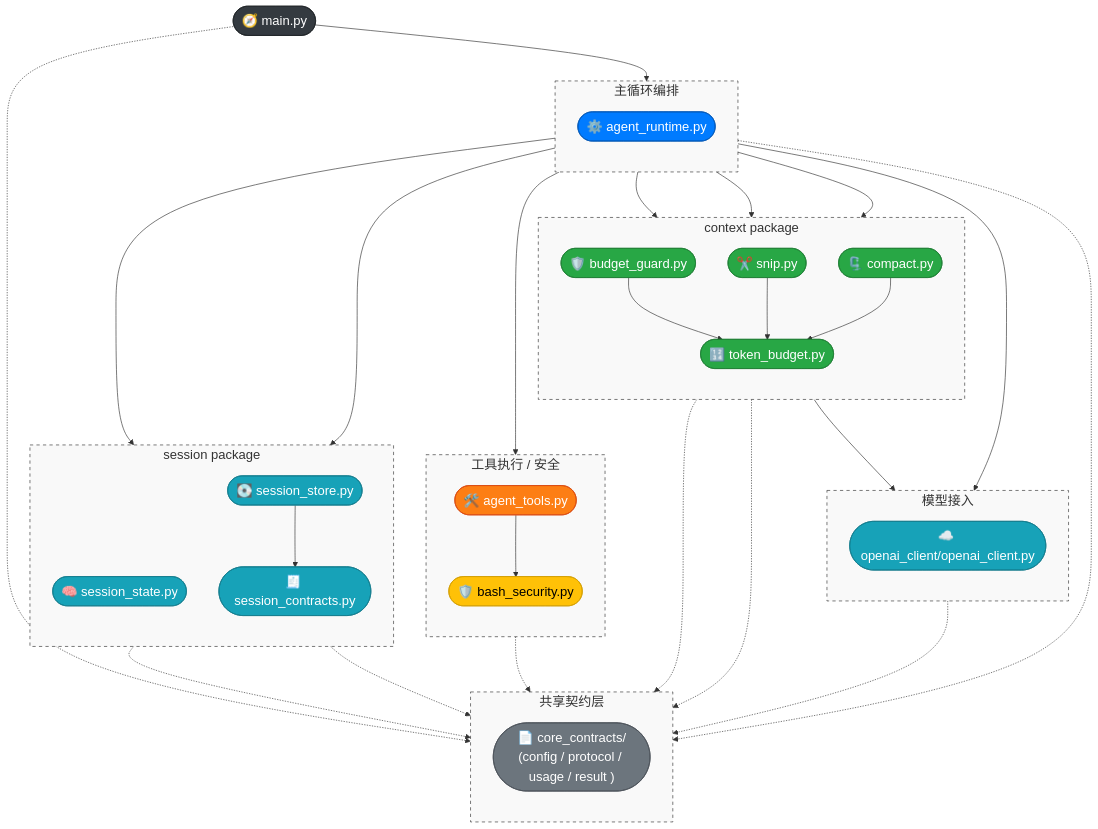
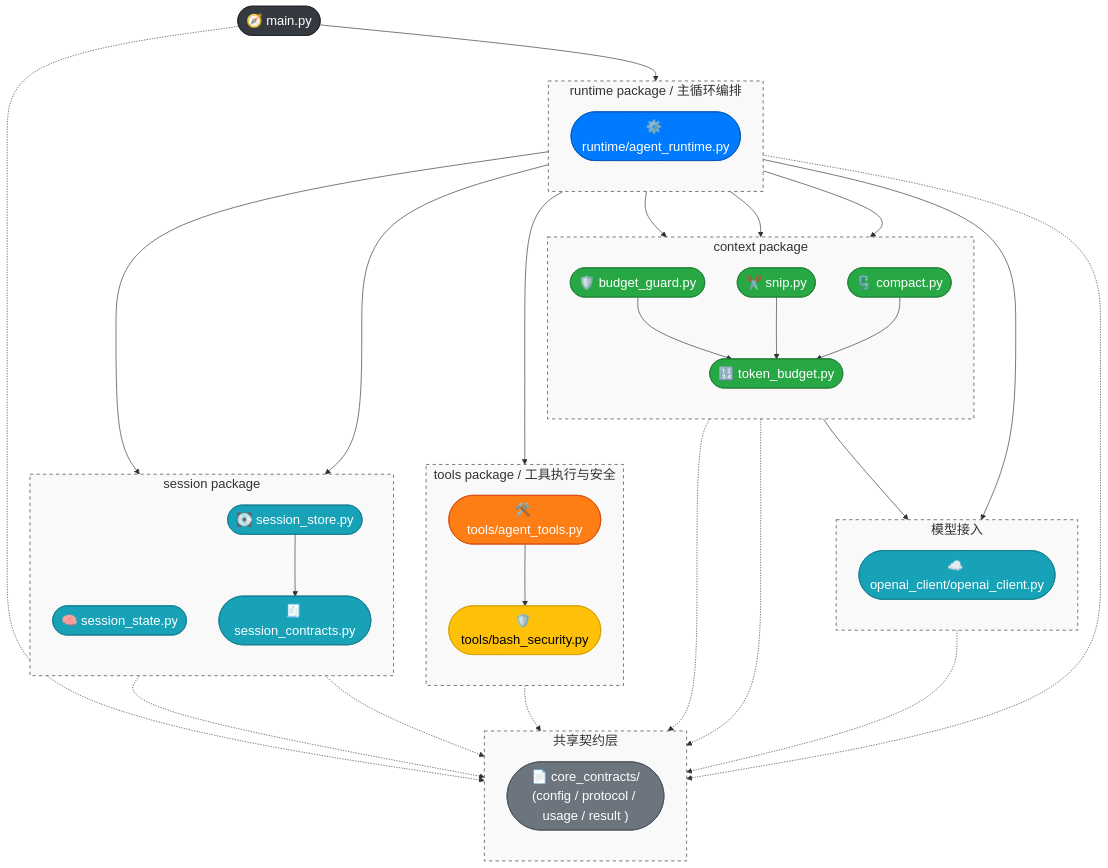
One commit to WenXingming/ClawCodeAgent changed the diagram in docs/Architecture.md. Above: the diagram before and after it, drawn with Mermaid. The commit also changed other lines of this file and 51 other files, not shown here.

```diff
--- a/docs/Architecture.md
+++ b/docs/Architecture.md
@@ -32,9 +33,9 @@
     main(["🧭 main.py"])
 
     %% ================= Runtime =================
-    subgraph Runtime [主循环编排]
+    subgraph Runtime [runtime package / 主循环编排]
         direction TB
-        n_runtime(["⚙️ agent_runtime.py"])
+        n_runtime(["⚙️ runtime/agent_runtime.py"])
         style Runtime fill:#f9f9f9,stroke:#333,stroke-dasharray: 5 5
     end
 
@@ -56,10 +57,10 @@
     end
 
     %% ================= Tooling（右） =================
-    subgraph Tooling [工具执行 / 安全]
+    subgraph Tooling [tools package / 工具执行与安全]
         direction TB
-        n_tools(["🛠️ agent_tools.py"])
-        n_bash_security(["🛡️ bash_security.py"])
+        n_tools(["🛠️ tools/agent_tools.py"])
+        n_bash_security(["🛡️ tools/bash_security.py"])
         style Tooling fill:#f9f9f9,stroke:#333,stroke-dasharray: 5 5
     end
 
```
